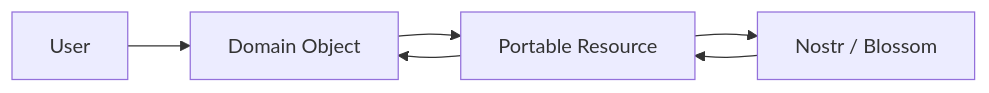
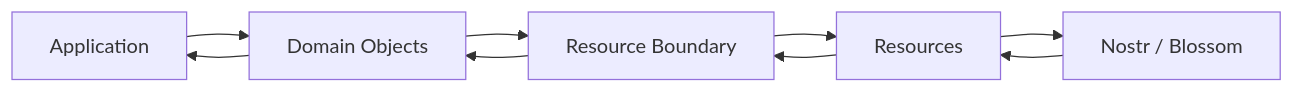
One commit to kjvonly/kjvonly.bible changed the third of 3 diagrams in docs/PROJECT_CONTEXT.md. Above: the diagram before and after it, drawn with Mermaid. The commit also changed other lines of this file, not shown here.

````diff
--- a/docs/PROJECT_CONTEXT.md
+++ b/docs/PROJECT_CONTEXT.md
@@ -792,21 +734,23 @@
 ```mermaid
 flowchart LR
 
-    User
+    Application
 
-    DomainObject["Domain Object"]
+    DomainObject["Domain Objects"]
 
-    Resource["Portable Resource"]
+    Boundary["Resource Boundary"]
 
-    Nostr["Nostr / Blossom"]
+    Resource["Resources"]
 
-    User --> DomainObject
+    Service["Nostr / Blossom"]
 
-    DomainObject --> Resource
+    Application --> DomainObject
+    DomainObject --> Boundary
+    Boundary --> Resource
+    Resource --> Service
 
-    Resource --> Nostr
-
-    Nostr --> Resource
-
-    Resource --> DomainObject
+    Service --> Resource
+    Resource --> Boundary
+    Boundary --> DomainObject
+    DomainObject --> Application
 ```
````
